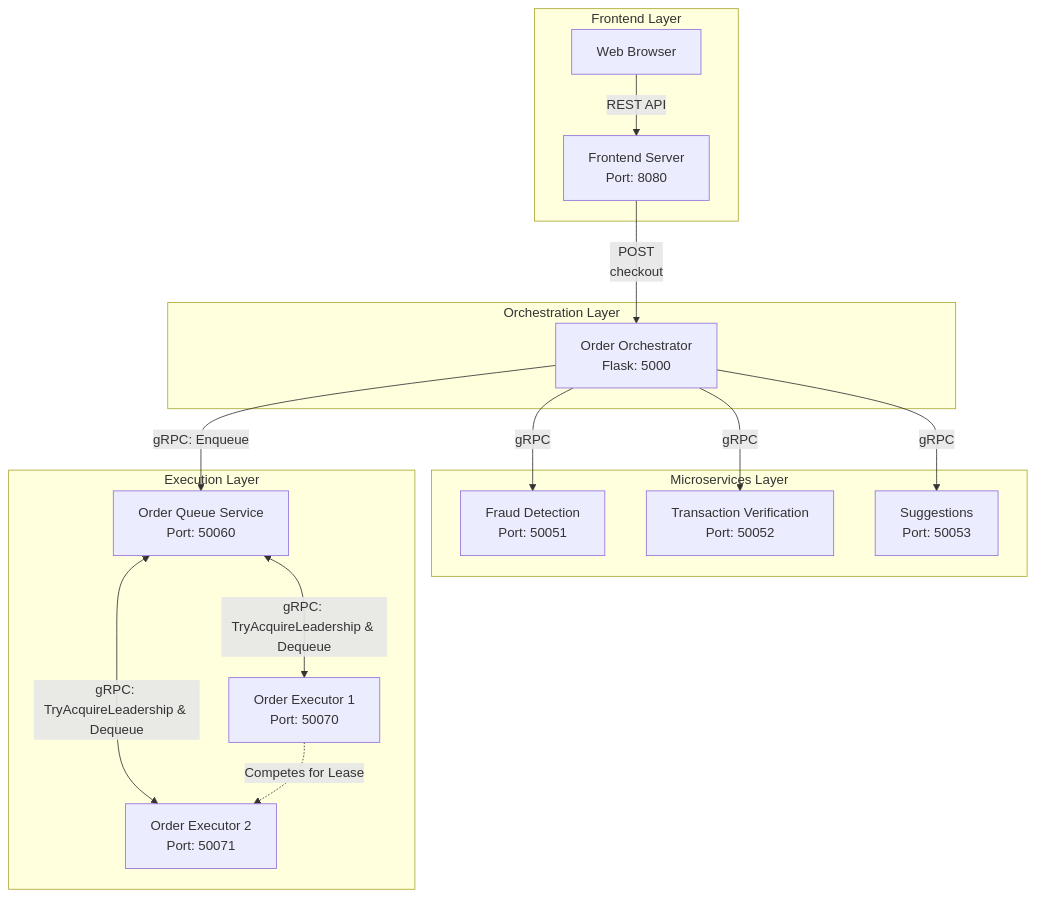
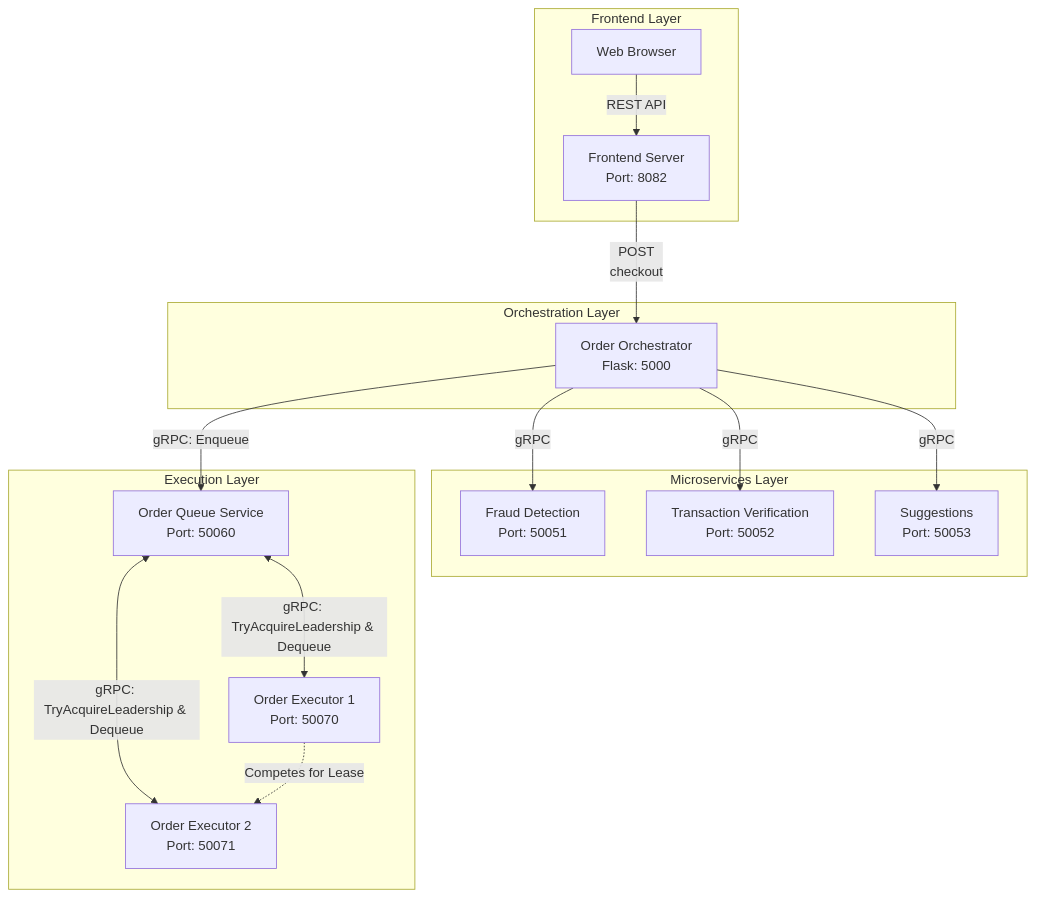
The first of 5 diagrams in README.md (mharisirfan/ds-practice-2025), drawn with Mermaid before and after one commit.

Commit message:
Update frontend server port in README

````diff
--- a/README.md
+++ b/README.md
@@ -10,26 +10,26 @@
 ```mermaid
 graph TD
     subgraph "Frontend Layer"
-        A[Web Browser] -->|REST API| B[Frontend Server<br/>Port: 8080]
+        A[Web Browser] -->|REST API| B[Frontend Server<br/>Port: 8082]
     end 
 
     subgraph "Orchestration Layer"
         B -->|POST<br/>checkout| C[Order Orchestrator<br/>Flask: 5000]
     end    
 
     subgraph "Microservices Layer"
         C -->|gRPC| D[Fraud Detection<br/>Port: 50051]
         C -->|gRPC| E[Transaction Verification<br/>Port: 50052]
         C -->|gRPC| F[Suggestions<br/>Port: 50053]
     end
 
     subgraph "Execution Layer"
         C -->|gRPC: Enqueue| G[Order Queue Service<br/>Port: 50060]
         
         G <-->|gRPC: TryAcquireLeadership & Dequeue| H1[Order Executor 1<br/>Port: 50070]
         G <-->|gRPC: TryAcquireLeadership & Dequeue| H2[Order Executor 2<br/>Port: 50071]
         
         %% Represents the lease-based leader state held in the queue
         H1 -.->|Competes for Lease| H2
     end
 ```
````
